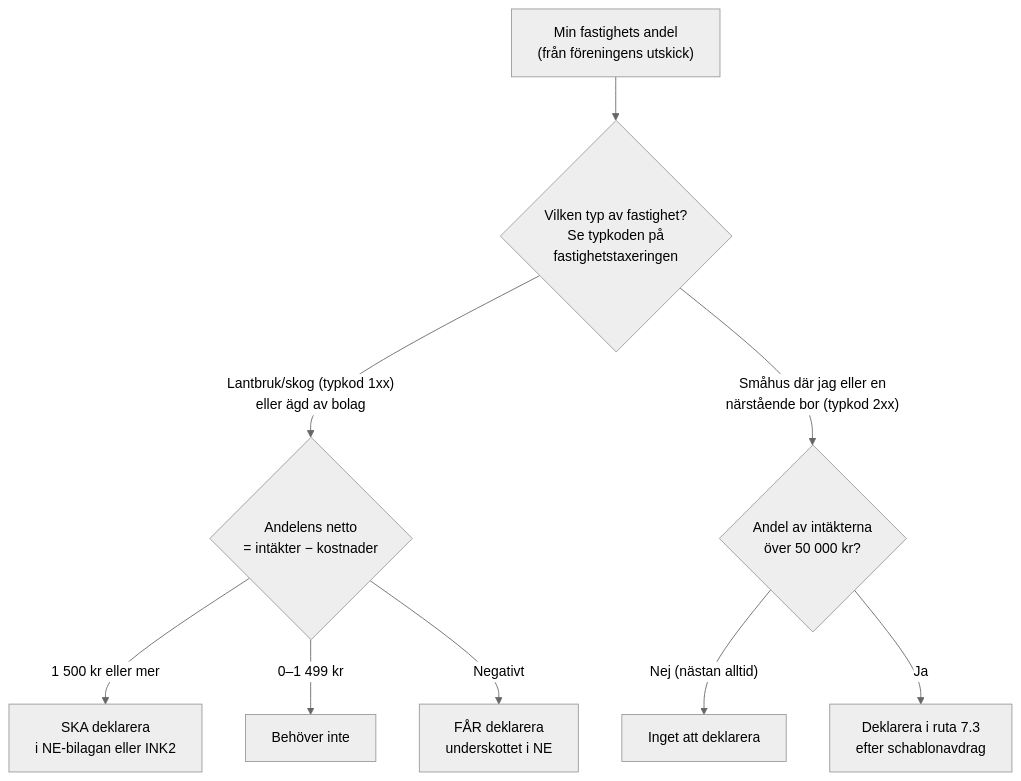
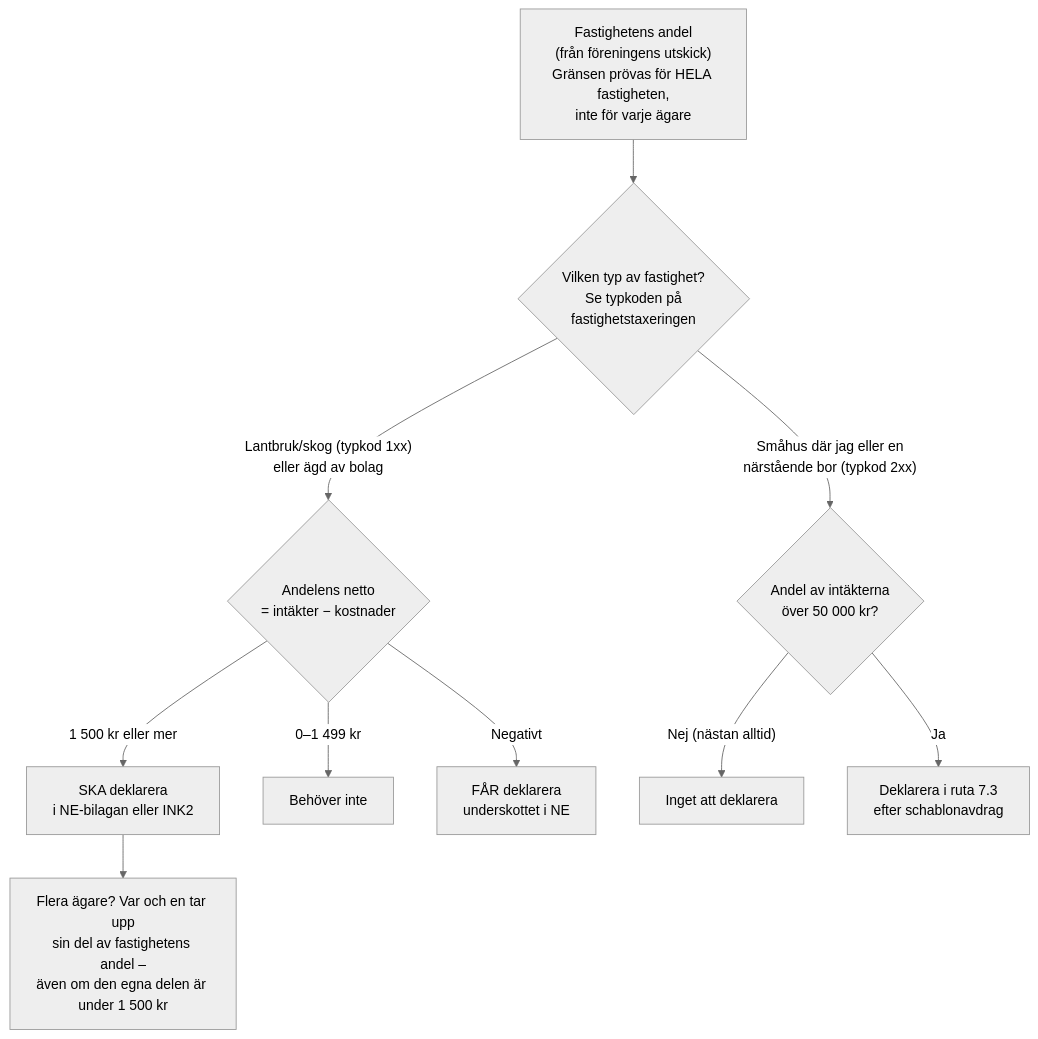
Before and after one commit to HuggeK/beskattningFVOF: the second of 2 diagrams in README.md, drawn with Mermaid (neutral theme). The commit also changed other lines of this file and 2 other files, not shown here.

First line of the commit message:
Exempel i översikten, belopp per fastighet i diagrammet, gräns per fastighet

````diff
--- a/README.md
+++ b/README.md
@@ -74,11 +111,12 @@
 ```mermaid
 flowchart TD
-    S["Min fastighets andel<br/>(från föreningens utskick)"] --> T{"Vilken typ av fastighet?<br/>Se typkoden på<br/>fastighetstaxeringen"}
+    S["Fastighetens andel<br/>(från föreningens utskick)<br/>Gränsen prövas för HELA fastigheten,<br/>inte för varje ägare"] --> T{"Vilken typ av fastighet?<br/>Se typkoden på<br/>fastighetstaxeringen"}
     T -->|"Lantbruk/skog (typkod 1xx)<br/>eller ägd av bolag"| N{"Andelens netto<br/>= intäkter − kostnader"}
     T -->|"Småhus där jag eller en<br/>närstående bor (typkod 2xx)"| P{"Andel av intäkterna<br/>över 50 000 kr?"}
     N -->|"1 500 kr eller mer"| N1["SKA deklarera<br/>i NE-bilagan eller INK2"]
+    N1 --> M["Flera ägare? Var och en tar upp<br/>sin del av fastighetens andel –<br/>även om den egna delen är under 1 500 kr"]
     N -->|"0–1 499 kr"| N2["Behöver inte"]
     N -->|"Negativt"| N3["FÅR deklarera<br/>underskottet i NE"]
     P -->|"Nej (nästan alltid)"| P1["Inget att deklarera"]
     P -->|"Ja"| P2["Deklarera i ruta 7.3<br/>efter schablonavdrag"]
 ```
````
